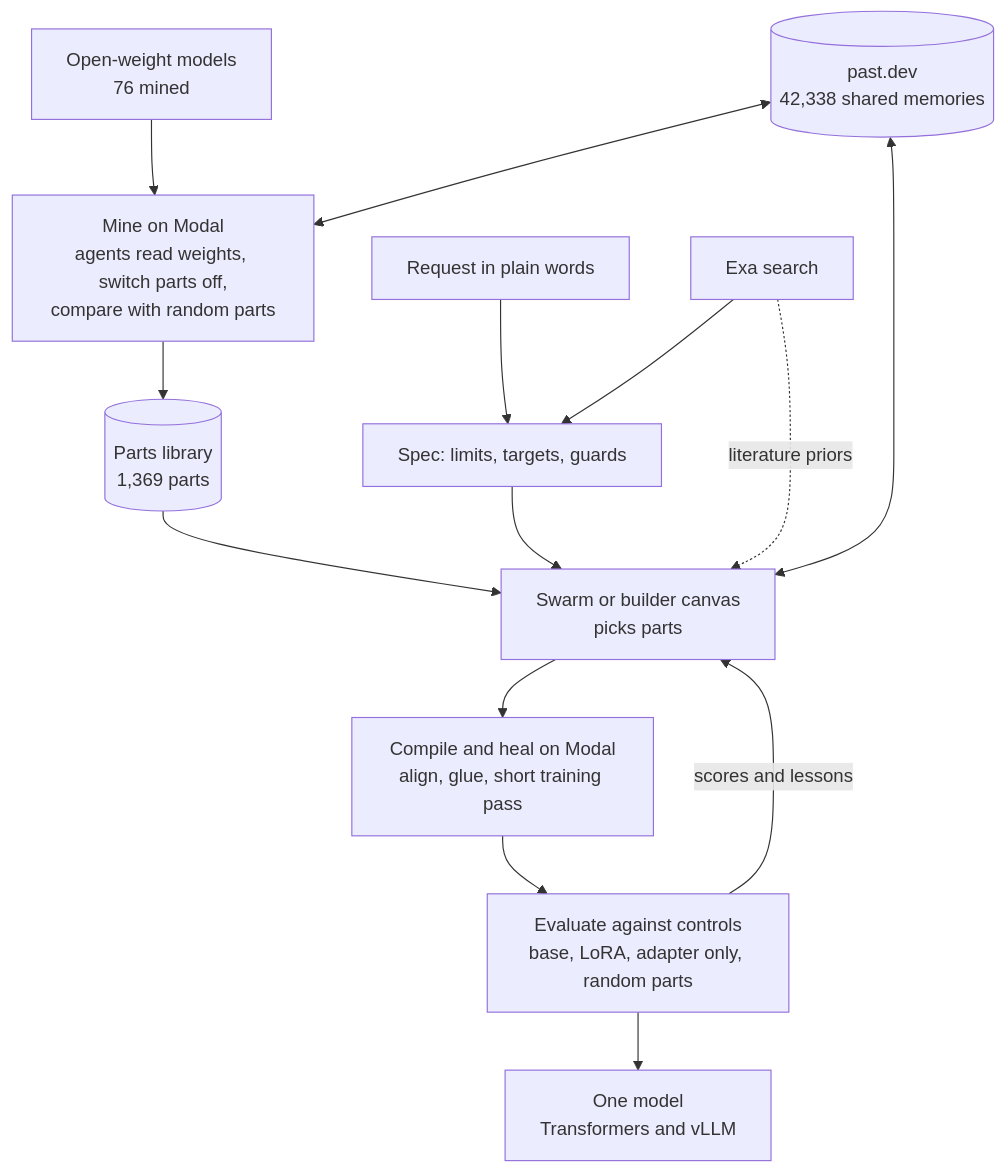
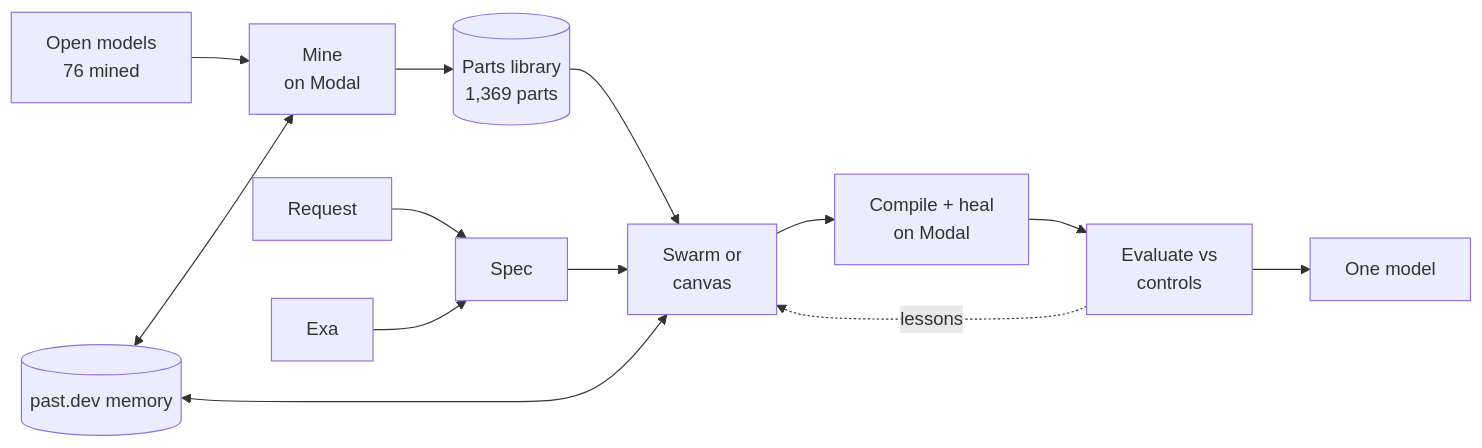
The diagram in README.md (trisanths/wsp), drawn with Mermaid before and after one commit. The commit also changed other lines of this file, not shown here.

Commit message:
README: landscape architecture diagram, glossary for the graft tables

````diff
--- a/README.md
+++ b/README.md
@@ -59,16 +59,15 @@
 ```mermaid
-flowchart TD
-    HF["Open-weight models<br/>76 mined"] --> MINE["Mine on Modal<br/>agents read weights, switch parts off,<br/>compare with random parts"]
+flowchart LR
+    HF["Open models<br/>76 mined"] --> MINE["Mine<br/>on Modal"]
     MINE --> LIB[("Parts library<br/>1,369 parts")]
-    MEM[("past.dev<br/>42,338 shared memories")] <--> MINE
-    REQ["Request in plain words"] --> SPEC["Spec: limits, targets, guards"]
-    EXA["Exa search"] --> SPEC
-    LIB --> BUILD["Swarm or builder canvas<br/>picks parts"]
+    LIB --> BUILD["Swarm or<br/>canvas"]
+    REQ["Request"] --> SPEC["Spec"]
     SPEC --> BUILD
-    EXA -. literature priors .-> BUILD
+    BUILD --> COMP["Compile + heal<br/>on Modal"]
+    COMP --> EVAL["Evaluate vs<br/>controls"]
+    EVAL --> OUT["One model"]
+    EVAL -. lessons .-> BUILD
+    EXA["Exa"] --> SPEC
+    MEM[("past.dev memory")] <--> MINE
     MEM <--> BUILD
-    BUILD --> COMP["Compile and heal on Modal<br/>align, glue, short training pass"]
-    COMP --> EVAL["Evaluate against controls<br/>base, LoRA, adapter only, random parts"]
-    EVAL -- scores and lessons --> BUILD
-    EVAL --> OUT["One model<br/>Transformers and vLLM"]
 ```
````
